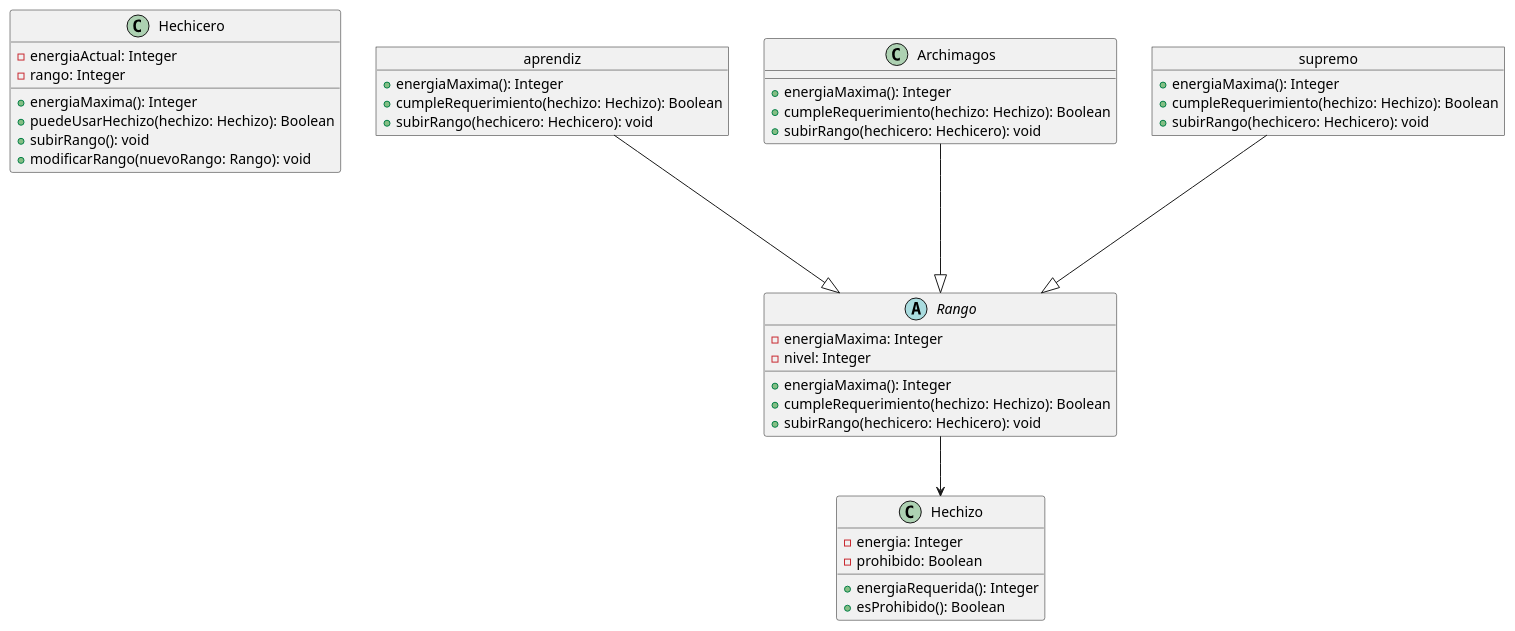
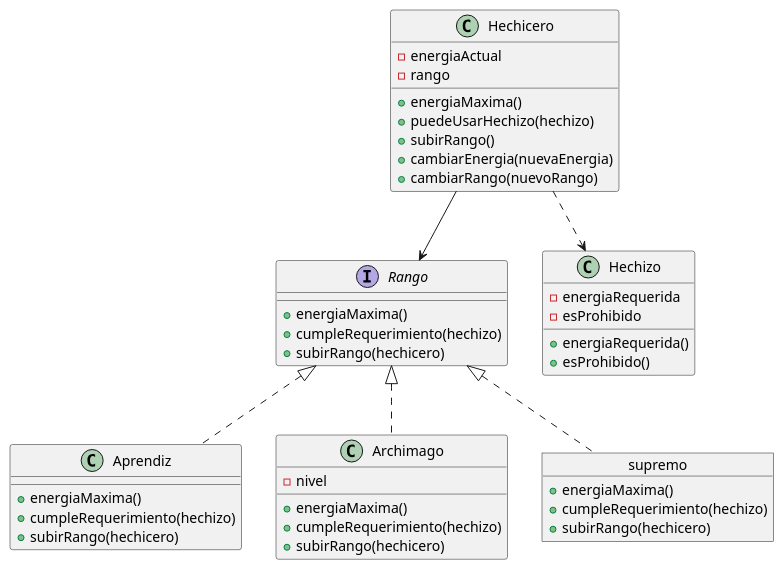
One commit to pdep-mit/objetos-2026-practica-hechiceros changed the diagram in diagramas/composicion.plantuml. Above: the diagram before and after it, drawn with PlantUML. The commit also changed other lines of this file, not shown here.

Commit message:
Refactor PlantUML diagram

```diff
--- a/diagramas/composicion.plantuml
+++ b/diagramas/composicion.plantuml
@@ -1,49 +2,53 @@
 @startuml
 
-class Hechicero{
-    - energiaActual: Integer
-    - rango: Integer
-    + energiaMaxima(): Integer
-    + puedeUsarHechizo(hechizo: Hechizo): Boolean
-    + subirRango(): void
-    + modificarRango(nuevoRango: Rango): void
+class Hechicero {
+    - energiaActual
+    - rango
+    + energiaMaxima()
+    + puedeUsarHechizo(hechizo)
+    + subirRango()
+    + cambiarEnergia(nuevaEnergia)
+    + cambiarRango(nuevoRango)
 }
 
-abstract Rango{
-    - energiaMaxima: Integer
-    - nivel: Integer
-    + energiaMaxima(): Integer
-    + cumpleRequerimiento(hechizo: Hechizo): Boolean
-    + subirRango(hechicero: Hechicero): void
+interface Rango {
+    + energiaMaxima()
+    + cumpleRequerimiento(hechizo)
+    + subirRango(hechicero)
 }
 
-object aprendiz{
-    + energiaMaxima(): Integer
-    + cumpleRequerimiento(hechizo: Hechizo): Boolean
-    + subirRango(hechicero: Hechicero): void
+class Aprendiz {
+    + energiaMaxima()
+    + cumpleRequerimiento(hechizo)
+    + subirRango(hechicero)
 }
 
-class Archimagos{
-    + energiaMaxima(): Integer
-    + cumpleRequerimiento(hechizo: Hechizo): Boolean
-    + subirRango(hechicero: Hechicero): void
+class Archimago {
+    - nivel
+    + energiaMaxima()
+    + cumpleRequerimiento(hechizo)
+    + subirRango(hechicero)
 }
 
-object supremo{
-    + energiaMaxima(): Integer
-    + cumpleRequerimiento(hechizo: Hechizo): Boolean
-    + subirRango(hechicero: Hechicero): void
+object supremo {
+    + energiaMaxima()
+    + cumpleRequerimiento(hechizo)
+    + subirRango(hechicero)
 }
 
-class Hechizo{
-    -energia: Integer
-    -prohibido: Boolean
-    + energiaRequerida(): Integer
-    + esProhibido(): Boolean
+class Hechizo {
+    - energiaRequerida
+    - esProhibido
+    + energiaRequerida()
+    + esProhibido()
 }
-Rango --> Hechizo
-Archimagos ---|> Rango 
-supremo ---|> Rango
-aprendiz ---|> Rango
+
+Hechicero --> Rango
+Hechicero ..> Hechizo 
+
+Rango <|.. Aprendiz
+Rango <|.. Archimago
+Rango <|.. supremo
+
 
 @enduml
```
